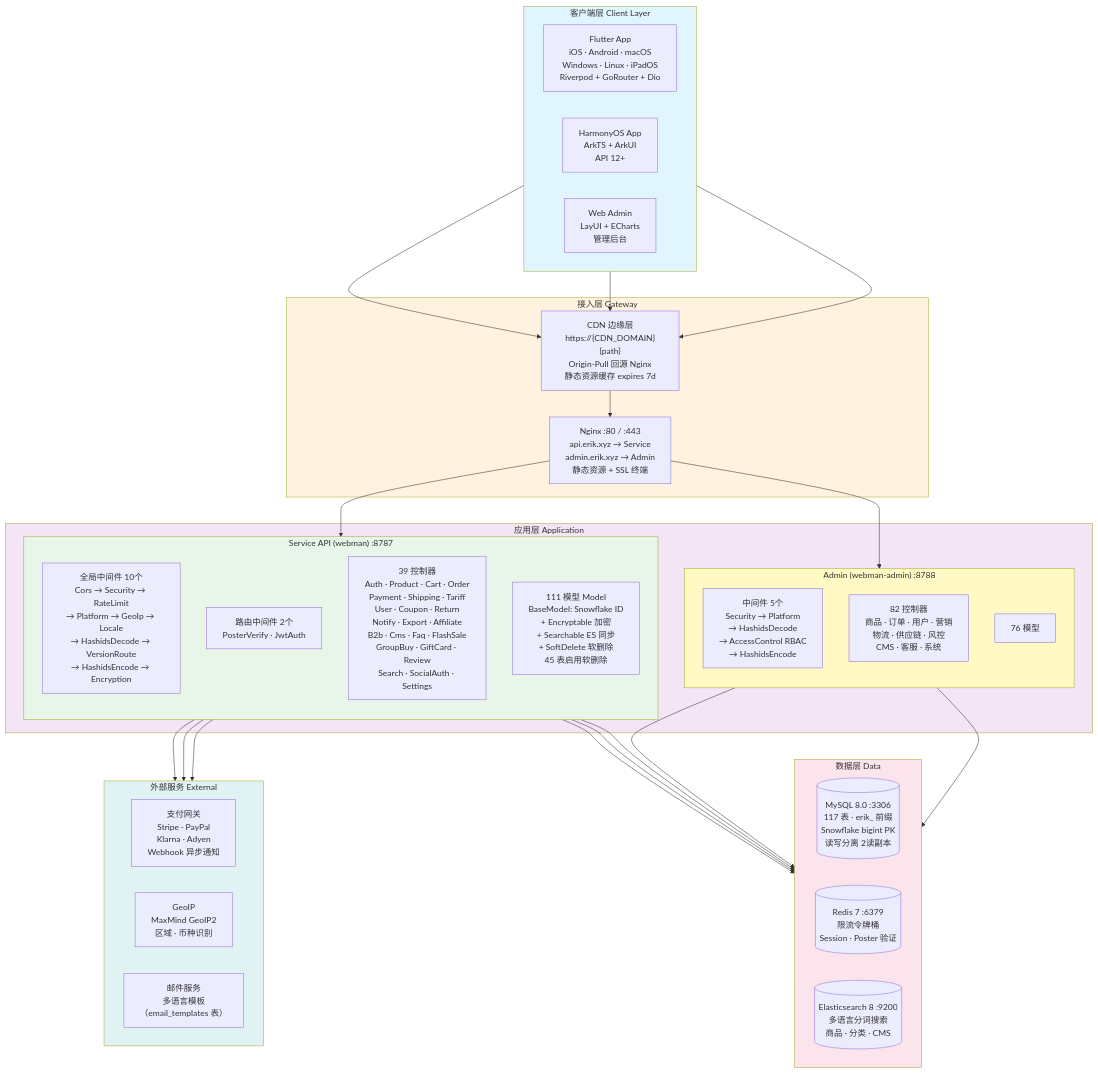
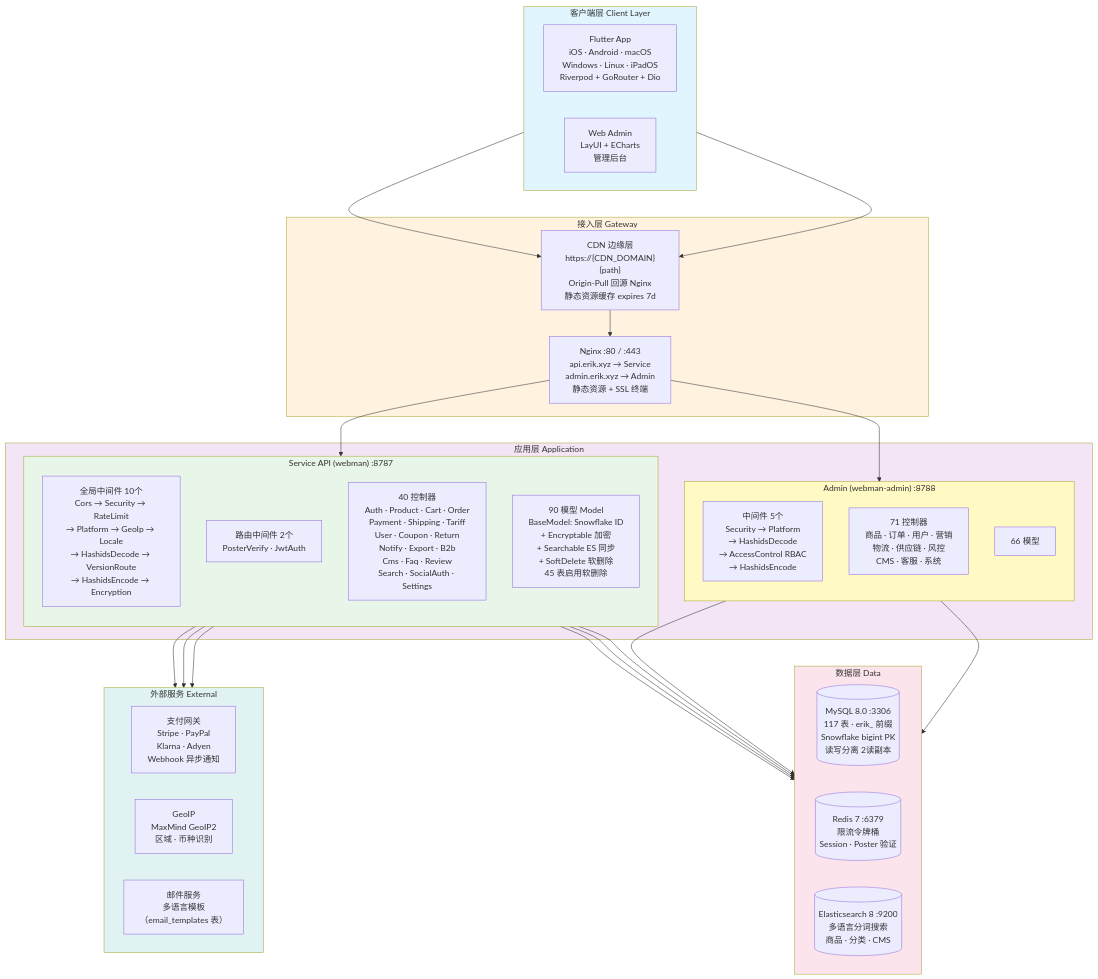
One commit to erikwang2013/erik-shop changed the diagram in docs/01-system-architecture.mmd. Above: the diagram before and after it, drawn with Mermaid. The commit also changed 383 other files, not shown here.

Commit message:
文档：仅保留中英文 README，清理已移除功能与过时图片

```diff
--- a/docs/01-system-architecture.mmd
+++ b/docs/01-system-architecture.mmd
@@ -1,65 +1,63 @@
 graph TB
     subgraph Clients["客户端层 Client Layer"]
         direction LR
         FL["Flutter App<br/>iOS · Android · macOS<br/>Windows · Linux · iPadOS<br/>Riverpod + GoRouter + Dio"]
-        HM["HarmonyOS App<br/>ArkTS + ArkUI<br/>API 12+"]
         WB["Web Admin<br/>LayUI + ECharts<br/>管理后台"]
     end
 
     subgraph Gateway["接入层 Gateway"]
         CDN["CDN 边缘层<br/>https://{CDN_DOMAIN}{path}<br/>Origin-Pull 回源 Nginx<br/>静态资源缓存 expires 7d"]
         NG["Nginx :80 / :443<br/>api.erik.xyz → Service<br/>admin.erik.xyz → Admin<br/>静态资源 + SSL 终端"]
     end
 
     subgraph Apps["应用层 Application"]
         subgraph Service["Service API (webman) :8787"]
             direction TB
             MW["全局中间件 10个<br/>Cors → Security → RateLimit<br/>→ Platform → GeoIp → Locale<br/>→ HashidsDecode → VersionRoute<br/>→ HashidsEncode → Encryption"]
             RT["路由中间件 2个<br/>PosterVerify · JwtAuth"]
-            CTRL["39 控制器<br/>Auth · Product · Cart · Order<br/>Payment · Shipping · Tariff<br/>User · Coupon · Return<br/>Notify · Export · Affiliate<br/>B2b · Cms · Faq · FlashSale<br/>GroupBuy · GiftCard · Review<br/>Search · SocialAuth · Settings"]
-            MDL["111 模型 Model<br/>BaseModel: Snowflake ID<br/>+ Encryptable 加密<br/>+ Searchable ES 同步<br/>+ SoftDelete 软删除<br/>45 表启用软删除"]
+            CTRL["40 控制器<br/>Auth · Product · Cart · Order<br/>Payment · Shipping · Tariff<br/>User · Coupon · Return<br/>Notify · Export · B2b<br/>Cms · Faq · Review<br/>Search · SocialAuth · Settings"]
+            MDL["90 模型 Model<br/>BaseModel: Snowflake ID<br/>+ Encryptable 加密<br/>+ Searchable ES 同步<br/>+ SoftDelete 软删除<br/>45 表启用软删除"]
         end
         subgraph Admin["Admin (webman-admin) :8788"]
             direction TB
             AMW["中间件 5个<br/>Security → Platform<br/>→ HashidsDecode<br/>→ AccessControl RBAC<br/>→ HashidsEncode"]
-            ACTRL["82 控制器<br/>商品 · 订单 · 用户 · 营销<br/>物流 · 供应链 · 风控<br/>CMS · 客服 · 系统"]
-            AMDL["76 模型"]
+            ACTRL["71 控制器<br/>商品 · 订单 · 用户 · 营销<br/>物流 · 供应链 · 风控<br/>CMS · 客服 · 系统"]
+            AMDL["66 模型"]
         end
     end
 
     subgraph Data["数据层 Data"]
         direction LR
         MySQL[("MySQL 8.0 :3306<br/>117 表 · erik_ 前缀<br/>Snowflake bigint PK<br/>读写分离 2读副本")]
         Redis[("Redis 7 :6379<br/>限流令牌桶<br/>Session · Poster 验证")]
         ES[("Elasticsearch 8 :9200<br/>多语言分词搜索<br/>商品 · 分类 · CMS")]
     end
 
     subgraph External["外部服务 External"]
         direction LR
         Pay["支付网关<br/>Stripe · PayPal<br/>Klarna · Adyen<br/>Webhook 异步通知"]
         Geo["GeoIP<br/>MaxMind GeoIP2<br/>区域 · 币种识别"]
         Email["邮件服务<br/>多语言模板<br/>（email_templates 表）"]
     end
 
     FL --> CDN
-    HM --> CDN
     WB --> CDN
     CDN --> NG
     NG --> Service
     NG --> Admin
     Service --> MySQL
     Service --> Redis
     Service --> ES
     Service --> Pay
     Service --> Geo
     Service --> Email
     Admin --> MySQL
     Admin --> Redis
 
     style Clients fill:#e1f5fe
     style Gateway fill:#fff3e0
     style Apps fill:#f3e5f5
     style Service fill:#e8f5e9
     style Admin fill:#fff9c4
     style Data fill:#fce4ec
     style External fill:#e0f2f1
```
